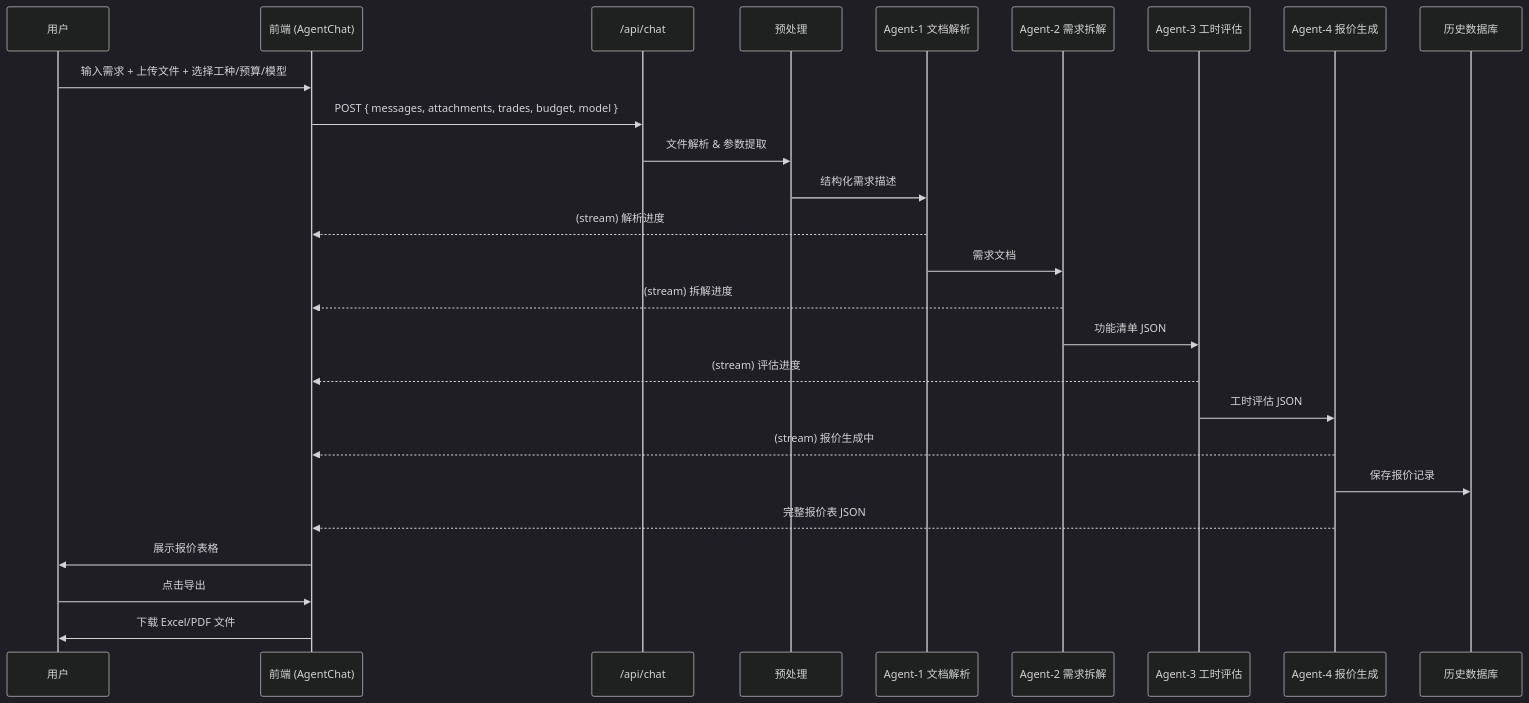
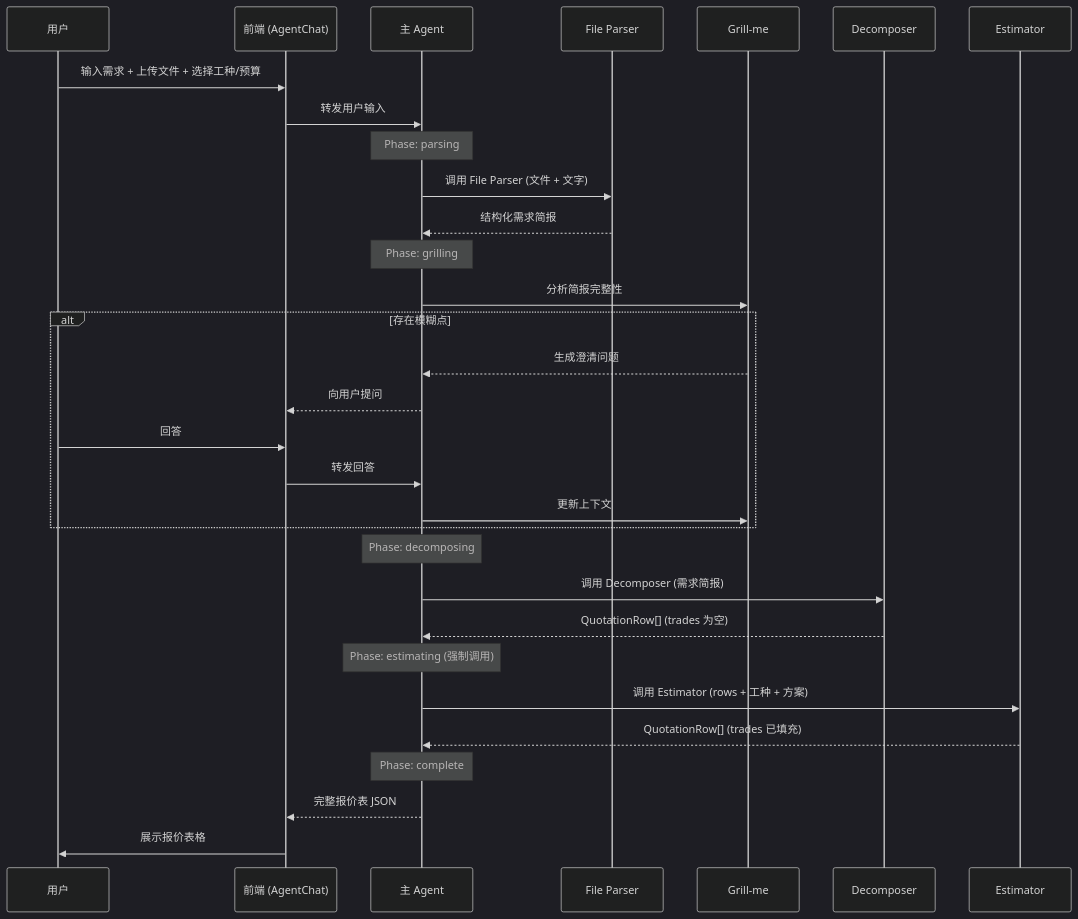
Before and after one commit to devopsmi/presales: the first of 2 diagrams in docs/design.md, drawn with Mermaid (dark theme). The commit also changed other lines of this file and 54 other files, not shown here.

````diff
--- a/docs/design.md
+++ b/docs/design.md
@@ -599,29 +600,39 @@
 ```mermaid
 sequenceDiagram
     participant U as 用户
     participant F as 前端 (AgentChat)
-    participant API as /api/chat
-    participant PP as 预处理
-    participant P1 as Agent-1 文档解析
-    participant P2 as Agent-2 需求拆解
-    participant P3 as Agent-3 工时评估
-    participant P4 as Agent-4 报价生成
-    participant DB as 历史数据库
+    participant M as 主 Agent
+    participant P as File Parser
+    participant G as Grill-me
+    participant D as Decomposer
+    participant E as Estimator
 
-    U->>F: 输入需求 + 上传文件 + 选择工种/预算/模型
-    F->>API: POST { messages, attachments, trades, budget, model }
-    API->>PP: 文件解析 & 参数提取
-    PP->>P1: 结构化需求描述
-    P1-->>F: (stream) 解析进度
-    P1->>P2: 需求文档
-    P2-->>F: (stream) 拆解进度
-    P2->>P3: 功能清单 JSON
-    P3-->>F: (stream) 评估进度
-    P3->>P4: 工时评估 JSON
-    P4-->>F: (stream) 报价生成中
-    P4->>DB: 保存报价记录
-    P4-->>F: 完整报价表 JSON
+    U->>F: 输入需求 + 上传文件 + 选择工种/预算
+    F->>M: 转发用户输入
+
+    Note over M: Phase: parsing
+    M->>P: 调用 File Parser (文件 + 文字)
+    P-->>M: 结构化需求简报
+
+    Note over M: Phase: grilling
+    M->>G: 分析简报完整性
+    alt 存在模糊点
+        G-->>M: 生成澄清问题
+        M-->>F: 向用户提问
+        U->>F: 回答
+        F->>M: 转发回答
+        M->>G: 更新上下文
+    end
+
+    Note over M: Phase: decomposing
+    M->>D: 调用 Decomposer (需求简报)
+    D-->>M: QuotationRow[] (trades 为空)
+
+    Note over M: Phase: estimating (强制调用)
+    M->>E: 调用 Estimator (rows + 工种 + 方案)
+    E-->>M: QuotationRow[] (trades 已填充)
+
+    Note over M: Phase: complete
+    M-->>F: 完整报价表 JSON
     F->>U: 展示报价表格
-    U->>F: 点击导出
-    F->>U: 下载 Excel/PDF 文件
 ```
````
